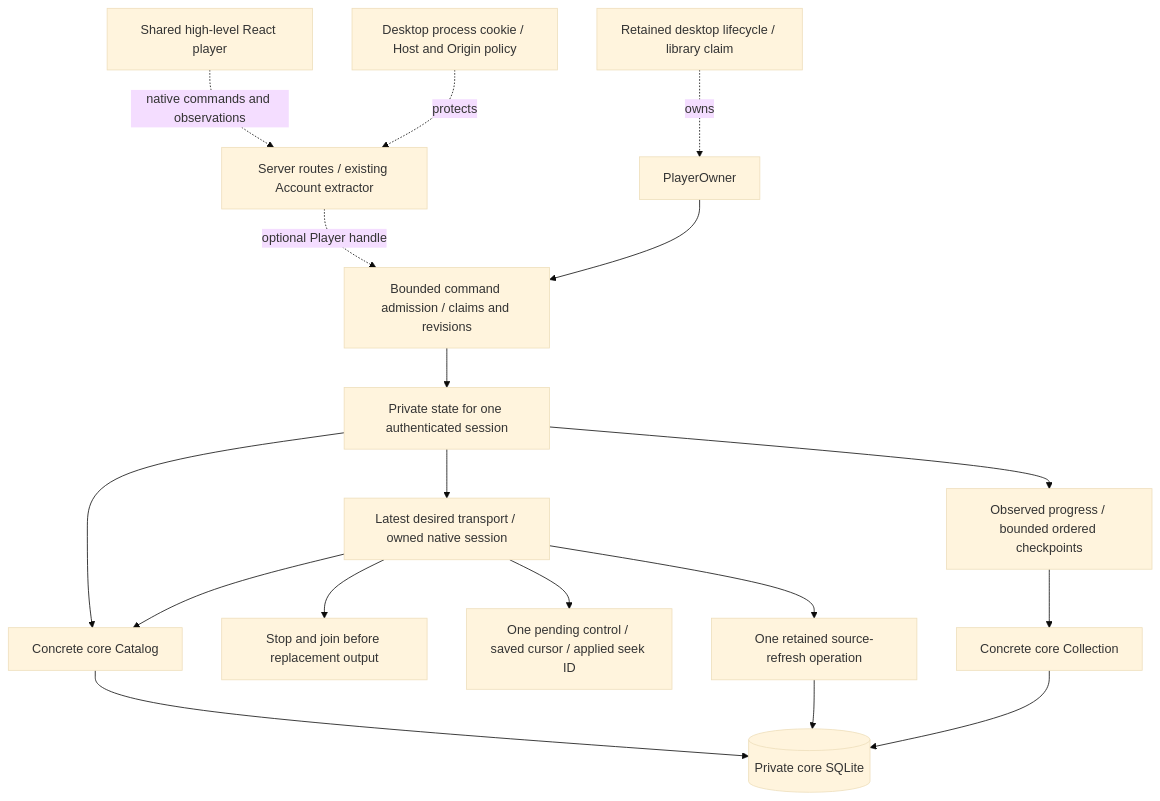
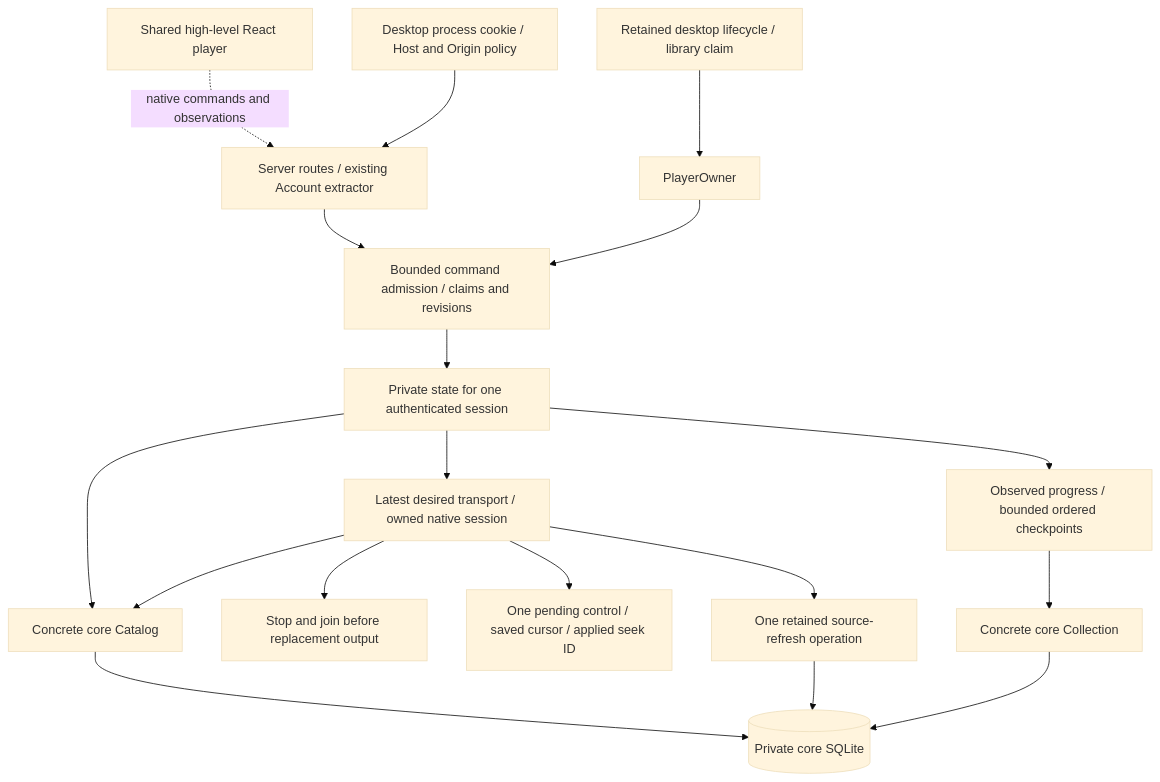
The diagram in docs/native-coordinator.md (acidiney/hitoapp), drawn with Mermaid (base theme) before and after one commit. The commit also changed other lines of this file and 3 other files, not shown here.

Commit message:
Document native HTTP ownership retained cleanup and remaining UI work

````diff
--- a/docs/native-coordinator.md
+++ b/docs/native-coordinator.md
@@ -9,20 +9,20 @@
 ```mermaid
 flowchart TB
   UI[Shared high-level React player] -. native commands and observations .-> HTTP[Server routes / existing Account extractor]
-  Access[Desktop process cookie / Host and Origin policy] -. protects .-> HTTP
-  HTTP -. optional Player handle .-> Admission[Bounded command admission / claims and revisions]
-  Host[Retained desktop lifecycle / library claim] -. owns .-> Owner[PlayerOwner]
+  Access[Desktop process cookie / Host and Origin policy] --> HTTP
+  HTTP --> Admission[Bounded command admission / claims and revisions]
+  Host[Retained desktop lifecycle / library claim] --> Owner[PlayerOwner]
   Owner --> Admission
   Admission --> State[Private state for one authenticated session]
   State --> Catalog[Concrete core Catalog]
   State --> Native[Latest desired transport / owned native session]
   Native --> Catalog
   Native --> Join[Stop and join before replacement output]
   Native --> Controls[One pending control / saved cursor / applied seek ID]
   Native --> Refresh[One retained source-refresh operation]
   State --> Progress[Observed progress / bounded ordered checkpoints]
   Progress --> Collection[Concrete core Collection]
   Catalog --> DB[(Private core SQLite)]
   Refresh --> DB
   Collection --> DB
 ```
````
